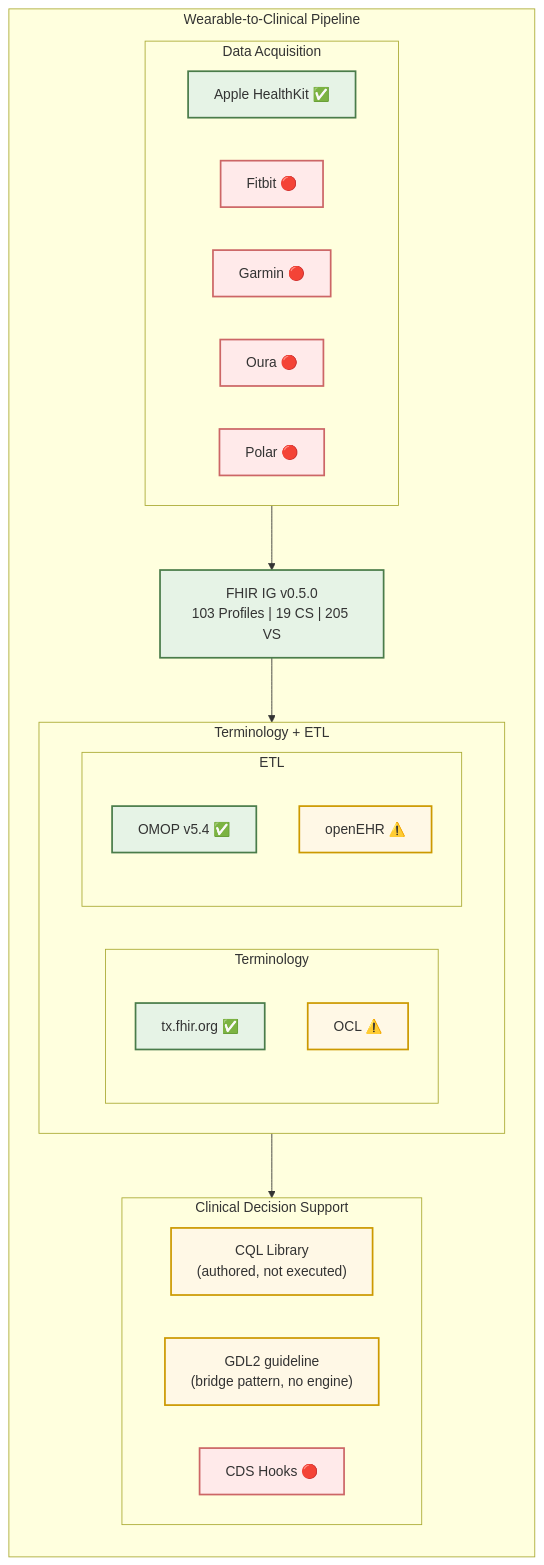
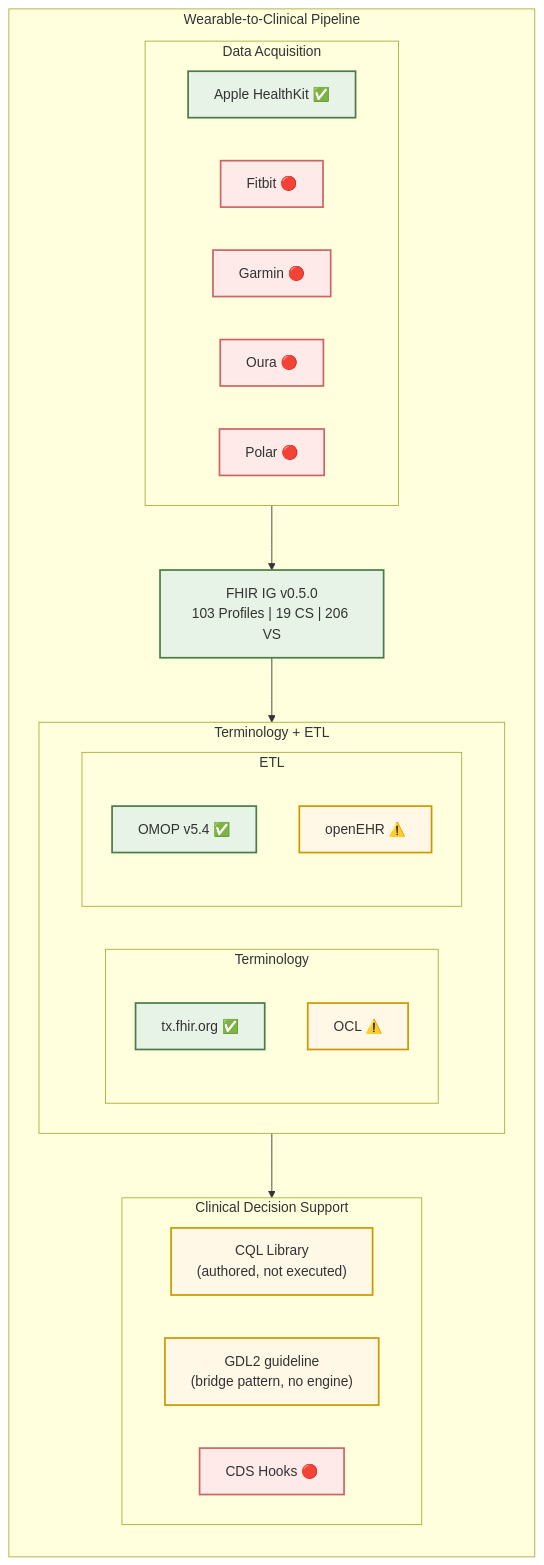
One commit to RicardoLSantos/shorthand changed the first of 4 diagrams in README.md. Above: the diagram before and after it, drawn with Mermaid. The commit also changed other lines of this file and 2 other files, not shown here.

First line of the commit message:
docs: artefact counts 206 ValueSets / 684 total after SleepHRVMetricVS (ig_counts.sh --check passes); 0.5.1 notes state the 0.5.1 counts next to the 0.5.0 figure

````diff
--- a/README.md
+++ b/README.md
@@ -34,48 +34,48 @@
 ```mermaid
 flowchart TB
     subgraph WP["Wearable-to-Clinical Pipeline"]
         direction TB
 
         subgraph TG1["Data Acquisition"]
             direction LR
             APPLE["Apple HealthKit ✅"]
             FITBIT["Fitbit 🔴"]
             GARMIN["Garmin 🔴"]
             OURA["Oura 🔴"]
             POLAR["Polar 🔴"]
         end
 
-        FHIRIG["FHIR IG v0.5.0<br/>103 Profiles | 19 CS | 205 VS"]
+        FHIRIG["FHIR IG v0.5.0<br/>103 Profiles | 19 CS | 206 VS"]
 
         subgraph TG2["Terminology + ETL"]
             direction LR
             subgraph TERM["Terminology"]
                 TXFHIR["tx.fhir.org ✅"]
                 OCL["OCL ⚠️"]
             end
             subgraph ETL["ETL"]
                 OMOP["OMOP v5.4 ✅"]
                 OPENEHR["openEHR ⚠️"]
             end
         end
 
         subgraph TG4["Clinical Decision Support"]
             direction LR
             CQL["CQL Library<br/>(authored, not executed)"]
             GDL2["GDL2 guideline<br/>(bridge pattern, no engine)"]
             CDSHOOKS["CDS Hooks 🔴"]
         end
     end
 
     TG1 --> FHIRIG
     FHIRIG --> TG2
     TG2 --> TG4
 
     classDef done fill:#e6f3e6,stroke:#4a7c4a,stroke-width:2px,color:#333
     classDef partial fill:#fff8e6,stroke:#cc9900,stroke-width:2px,color:#333
     classDef todo fill:#ffeaea,stroke:#cc6666,stroke-width:2px,color:#333
 
     class APPLE,FHIRIG,TXFHIR,OMOP done
     class OCL,OPENEHR,CQL,GDL2 partial
     class FITBIT,GARMIN,OURA,POLAR,CDSHOOKS todo
 ```
````
